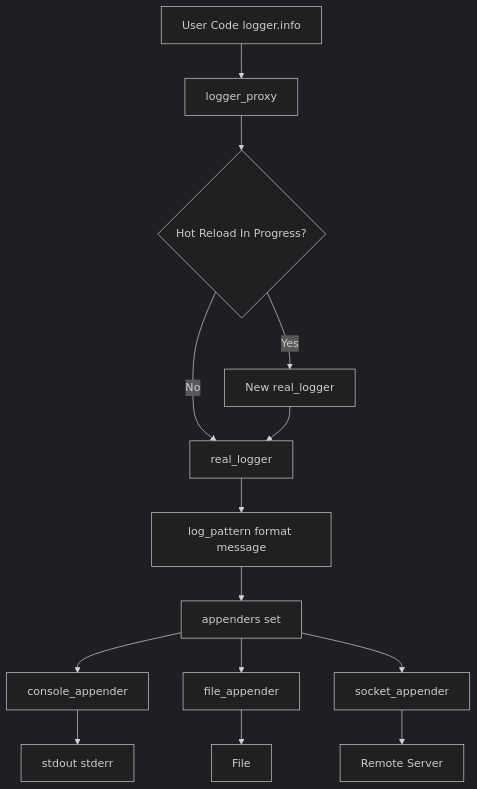
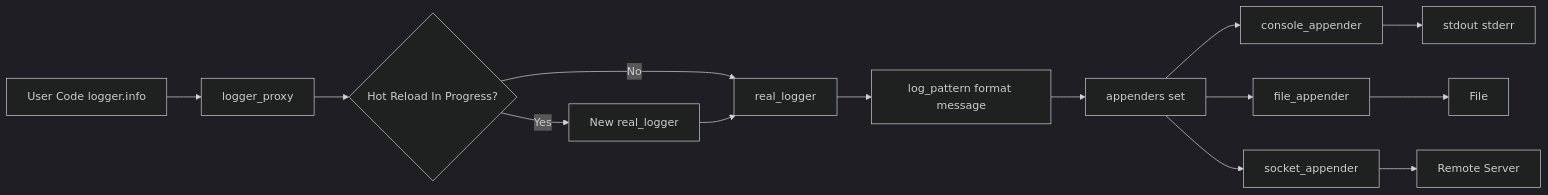
Before and after one commit to lwhttpdorg/log4cpp: the ninth of 10 diagrams in docs/DESIGN.md, drawn with Mermaid (dark theme). The commit also changed other lines of this file and 7 other files, not shown here.

````diff
--- a/docs/DESIGN.md
+++ b/docs/DESIGN.md
@@ -770,16 +856,16 @@
 ```mermaid
-flowchart TD
+flowchart LR
     A[User Code logger.info] --> B[logger_proxy]
     B --> C{Hot Reload In Progress?}
     C -->|No| D[real_logger]
     C -->|Yes| E[New real_logger]
     E --> D
     D --> F[log_pattern format message]
     F --> G[appenders set]
     G --> H[console_appender]
     G --> I[file_appender]
     G --> J[socket_appender]
     H --> K[stdout stderr]
     I --> L[File]
     J --> M[Remote Server]
 ```
````
